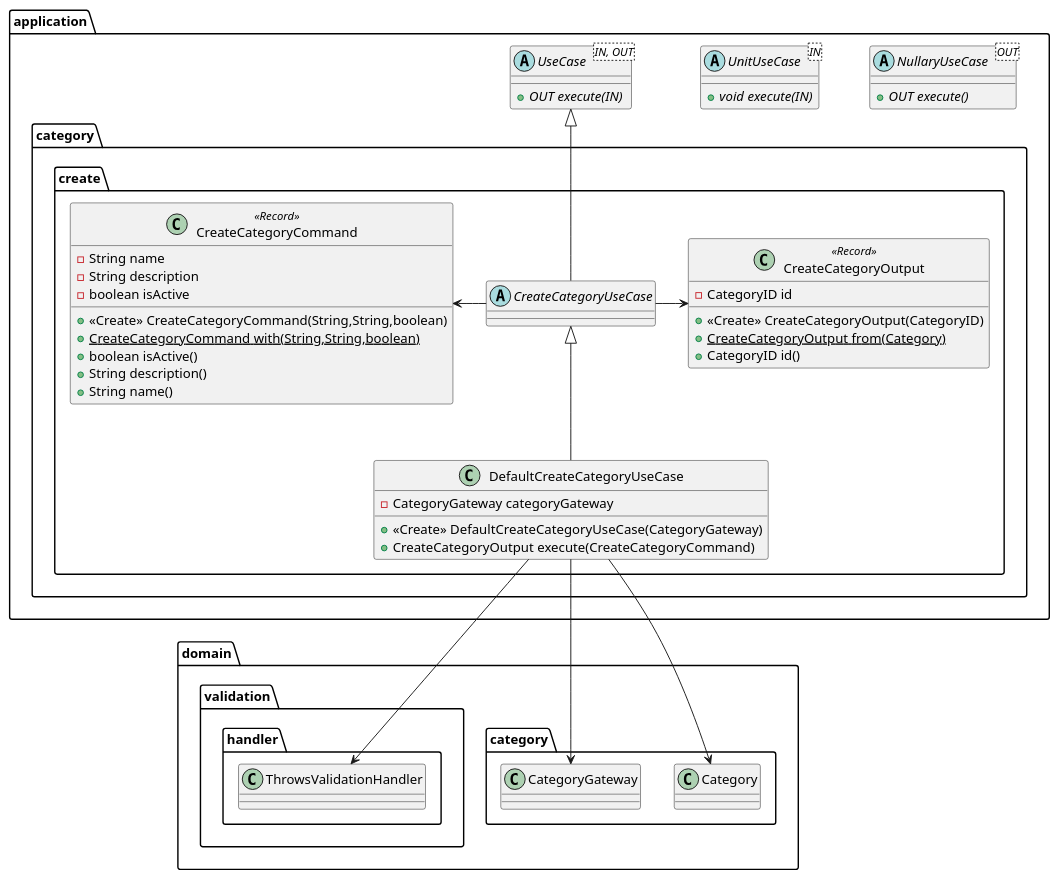
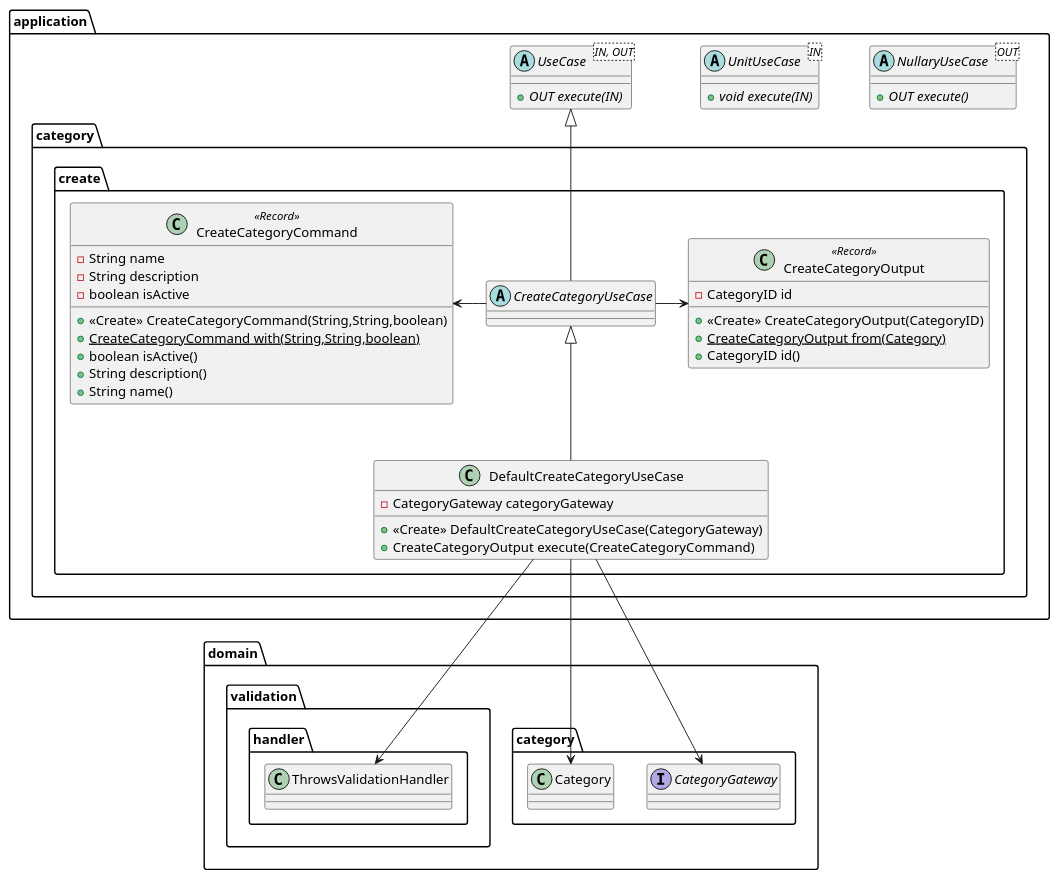
One commit to uiratan/fullcycle-project-catalog-admin changed the diagram in application/uml/usecase.puml. Above: the diagram before and after it, drawn with PlantUML. The commit also changed 1 other file, not shown here.

Commit message:
docs(application): UML and README

```diff
--- a/application/uml/usecase.puml
+++ b/application/uml/usecase.puml
@@ -1,49 +1,51 @@
 @startuml
 abstract class application.NullaryUseCase<OUT> {
 + {abstract}OUT execute()
 }
 
 abstract class application.UnitUseCase<IN> {
 + {abstract}void execute(IN)
 }
 
 abstract class application.UseCase<IN, OUT> {
 + {abstract}OUT execute(IN)
 }
 
 class application.category.create.CreateCategoryCommand <<Record>> {
 - String name
 - String description
 - boolean isActive
 + <<Create>> CreateCategoryCommand(String,String,boolean)
 + {static} CreateCategoryCommand with(String,String,boolean)
 + boolean isActive()
 + String description()
 + String name()
 }
 
 class application.category.create.CreateCategoryOutput <<Record>> {
 - CategoryID id
 + <<Create>> CreateCategoryOutput(CategoryID)
 + {static} CreateCategoryOutput from(Category)
 + CategoryID id()
 }
 
 abstract class application.category.create.CreateCategoryUseCase {
 }
 
 class application.category.create.DefaultCreateCategoryUseCase {
 - CategoryGateway categoryGateway
 + <<Create>> DefaultCreateCategoryUseCase(CategoryGateway)
 + CreateCategoryOutput execute(CreateCategoryCommand)
 }
 
+interface domain.category.CategoryGateway {}
+
 application.UseCase <|-- application.category.create.CreateCategoryUseCase
 application.category.create.CreateCategoryUseCase <|-- application.category.create.DefaultCreateCategoryUseCase
 application.category.create.CreateCategoryUseCase -l-> CreateCategoryCommand
 application.category.create.CreateCategoryUseCase -> CreateCategoryOutput
 
 application.category.create.DefaultCreateCategoryUseCase --> domain.category.Category
 application.category.create.DefaultCreateCategoryUseCase --> domain.category.CategoryGateway
 application.category.create.DefaultCreateCategoryUseCase --> domain.validation.handler.ThrowsValidationHandler
 @enduml
```
